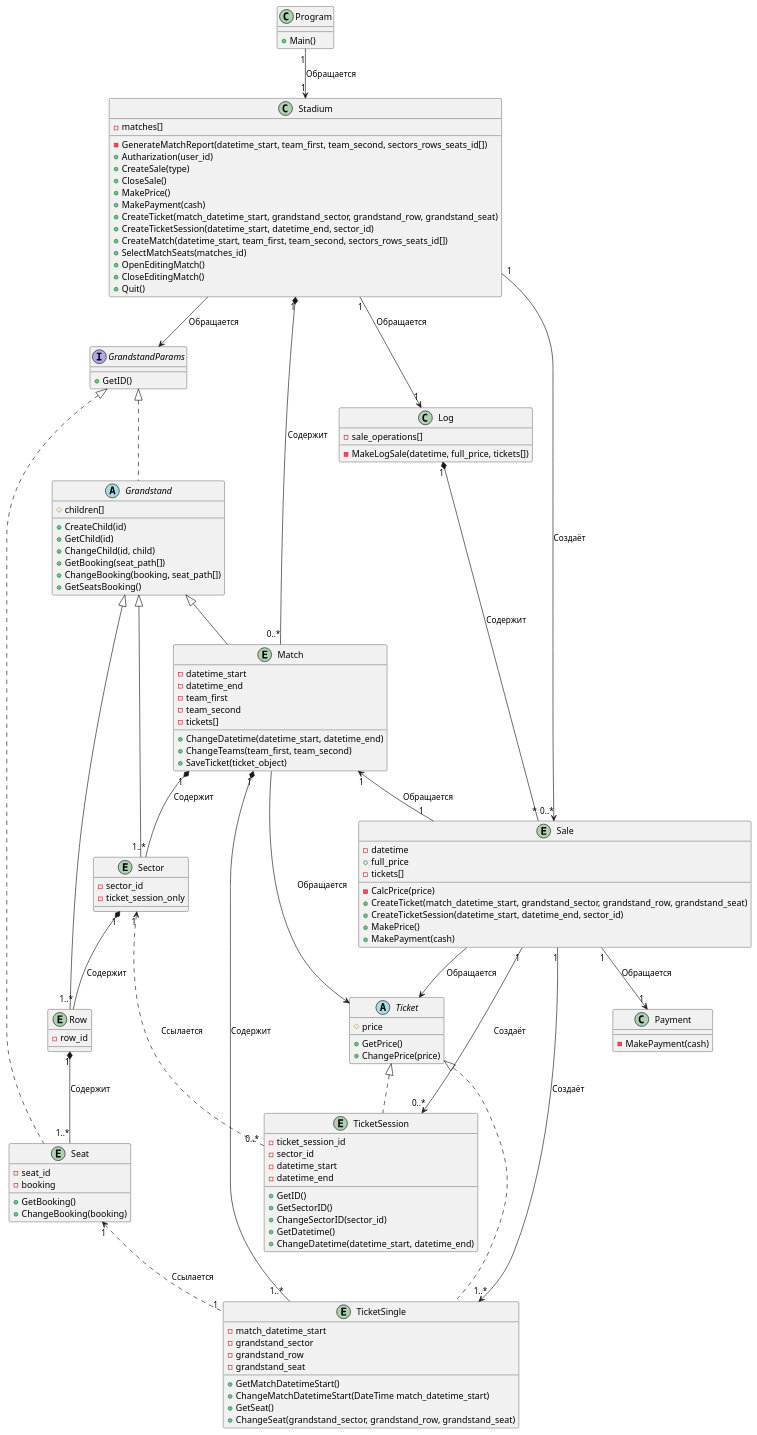
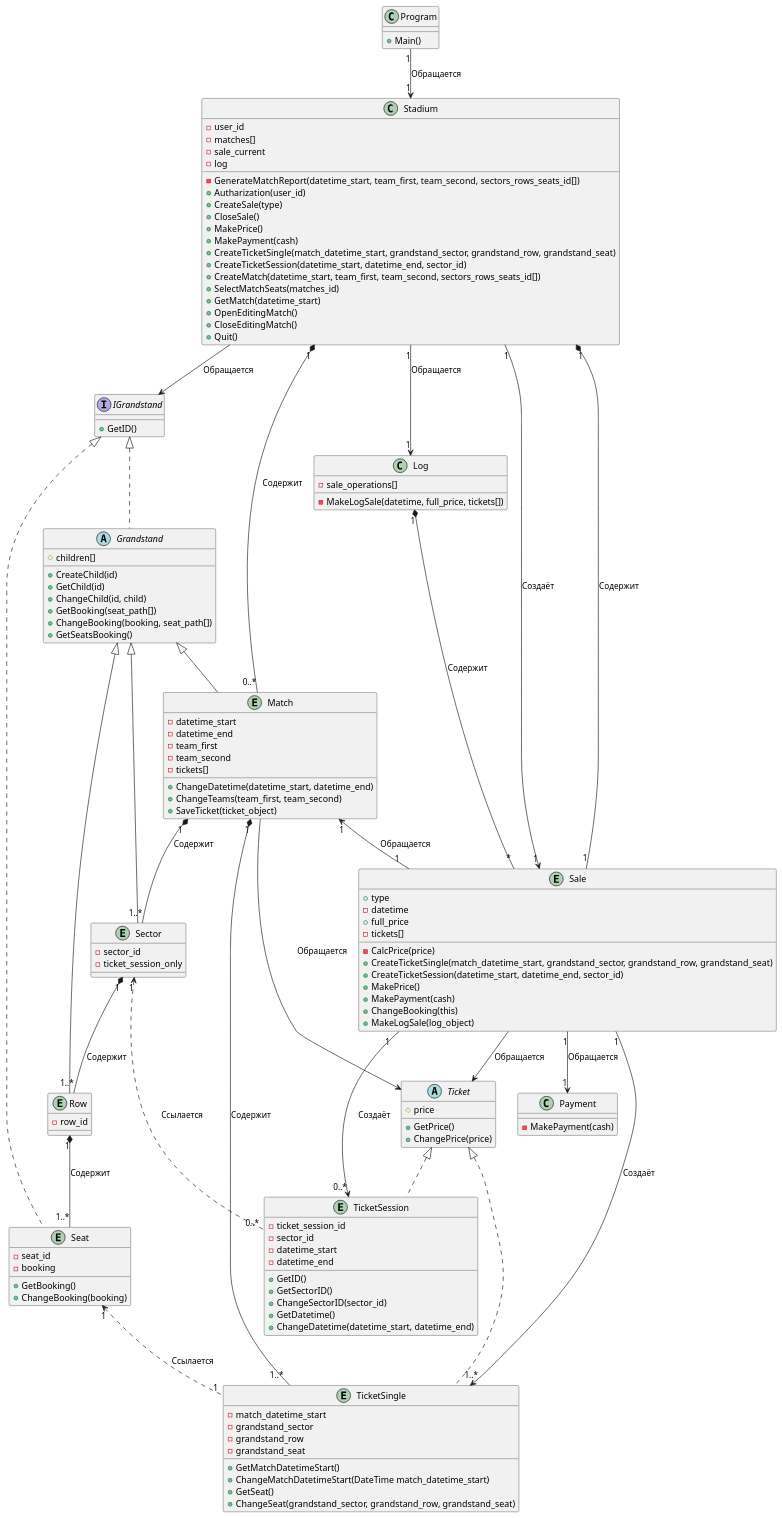
One commit to penamarth/bsbo-03-23_team4_var10_football changed the diagram in Модель предметной области.md. Above: the diagram before and after it, drawn with PlantUML. The commit also changed 5 other files, not shown here.

Commit message:
Попытка реализации продажи билетов и абонементов (правка кода и диаграмм)

```diff
--- a/Модель предметной области.md
+++ b/Модель предметной области.md
@@ -6,28 +6,32 @@
 }
 class Stadium
 {
+    - user_id
     - matches[]
+    - sale_current
+    - log
     - GenerateMatchReport(datetime_start, team_first, team_second, sectors_rows_seats_id[])
     + Autharization(user_id)
     + CreateSale(type)
     + CloseSale()
     + MakePrice()
     + MakePayment(cash)
-    + CreateTicket(match_datetime_start, grandstand_sector, grandstand_row, grandstand_seat)
+    + CreateTicketSingle(match_datetime_start, grandstand_sector, grandstand_row, grandstand_seat)
     + CreateTicketSession(datetime_start, datetime_end, sector_id)
     + CreateMatch(datetime_start, team_first, team_second, sectors_rows_seats_id[])
     + SelectMatchSeats(matches_id)
+    + GetMatch(datetime_start)
     + OpenEditingMatch()
     + CloseEditingMatch()
     + Quit()
 }
 
-interface GrandstandParams
+interface IGrandstand
 {
     + GetID()
 }
 
-abstract class Grandstand implements GrandstandParams
+abstract class Grandstand implements IGrandstand
 {
     # children[]
     + CreateChild(id)
@@ -61,7 +65,7 @@
     - row_id
 }
 
-entity Seat implements GrandstandParams
+entity Seat implements IGrandstand
 {
     - seat_id
     - booking
@@ -103,14 +107,17 @@
 
 entity Sale
 {
+    + type
     - datetime
     + full_price
     - tickets[]
     - CalcPrice(price)
-    + CreateTicket(match_datetime_start, grandstand_sector, grandstand_row, grandstand_seat)
+    + CreateTicketSingle(match_datetime_start, grandstand_sector, grandstand_row, grandstand_seat)
     + CreateTicketSession(datetime_start, datetime_end, sector_id)
     + MakePrice()
     + MakePayment(cash)
+    + ChangeBooking(this)
+    + MakeLogSale(log_object)
 }
 
 class Payment
@@ -127,7 +134,8 @@
 
 Program "1" --> "1" Stadium : Обращается
 Stadium "1" *-- "0..*" Match : Содержит
-Stadium "1" --> "0..*" Sale : Создаёт
+Stadium "1" --> "1" Sale : Создаёт
+Stadium "1" *-- "1" Sale : Содержит
 Stadium "1" --> "1" Log : Обращается
 
 Match "1" *-- "1..*" Sector : Содержит
@@ -144,7 +152,7 @@
 Match "1" <-- "1" Sale : Обращается
 Log "1" *-- "*" Sale : Содержит
 
-Stadium --> GrandstandParams : Обращается
+Stadium --> IGrandstand : Обращается
 Match --> Ticket : Обращается
 Sale --> Ticket : Обращается
 @enduml
```
